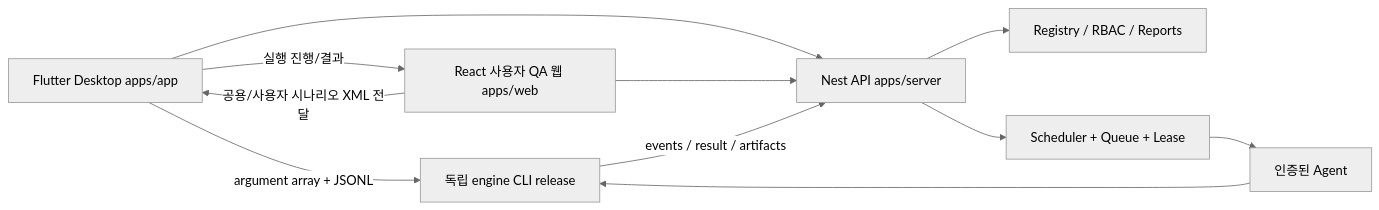
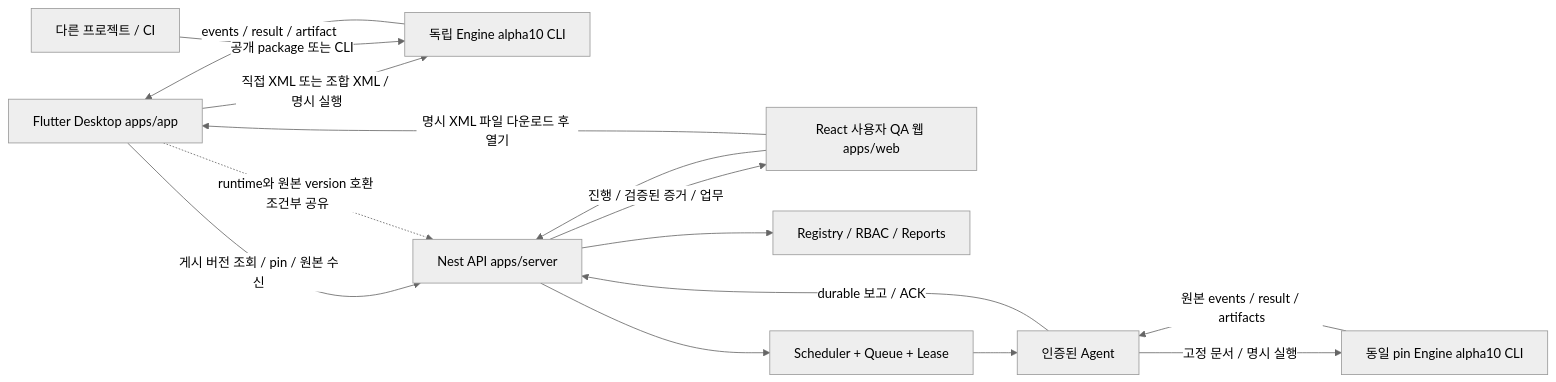
Before and after one commit to doomin03/automated-qa-checker: the diagram in docs/architecture/system-design.md, drawn with Mermaid (neutral theme). The commit also changed other lines of this file and 1227 other files, not shown here.

````diff
--- a/docs/architecture/system-design.md
+++ b/docs/architecture/system-design.md
@@ -7,13 +9,17 @@
 ```mermaid
 flowchart LR
-  D[Flutter Desktop apps/app] -->|argument array + JSONL| E[독립 engine CLI release]
-  D --> B[Nest API apps/server]
+  D[Flutter Desktop apps/app] -->|직접 XML 또는 조합 XML / 명시 실행| E8[독립 Engine alpha10 CLI]
+  E8 -->|events / result / artifact| D
+  D -->|게시 버전 조회 / pin / 원본 수신| B[Nest API apps/server]
   W[React 사용자 QA 웹 apps/web] --> B
-  W -->|공용/사용자 시나리오 XML 전달| D
-  D -->|실행 진행/결과| W
+  W -->|명시 XML 파일 다운로드 후 열기| D
+  D -.->|runtime와 원본 version 호환 조건부 공유| B
+  B -->|진행 / 검증된 증거 / 업무| W
   B --> R[Registry / RBAC / Reports]
   B --> S[Scheduler + Queue + Lease]
   S --> A[인증된 Agent]
-  A --> E
-  E -->|events / result / artifacts| B
+  A -->|고정 문서 / 명시 실행| E6[동일 pin Engine alpha10 CLI]
+  E6 -->|원본 events / result / artifacts| A
+  A -->|durable 보고 / ACK| B
+  X[다른 프로젝트 / CI] -->|공개 package 또는 CLI| E8
 ```
````
